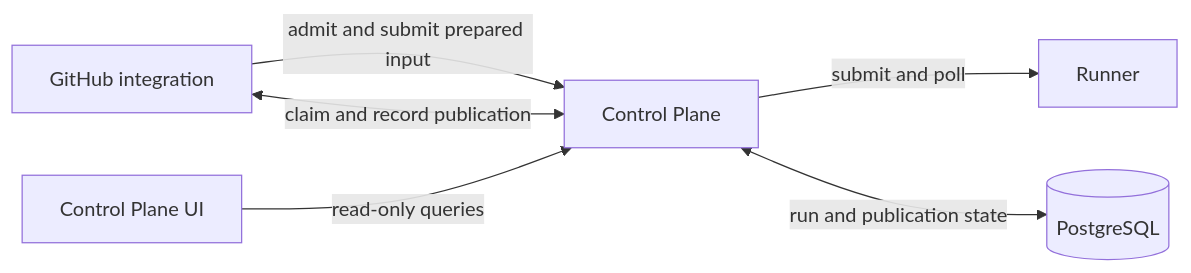
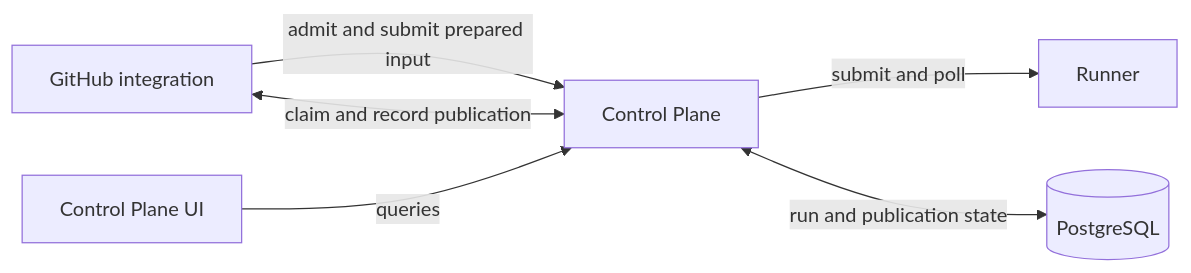
The first of 2 diagrams in control-plane/README.md (Agent-AI-Chalmers/sec-review-bot), drawn with Mermaid before and after one commit. The commit also changed other lines of this file and 167 other files, not shown here.

````diff
--- a/control-plane/README.md
+++ b/control-plane/README.md
@@ -9,8 +9,8 @@
 ```mermaid
 flowchart LR
   integration[GitHub integration] -->|admit and submit prepared input| control[Control Plane]
   control -->|submit and poll| runner[Runner]
   control <-->|run and publication state| postgres[(PostgreSQL)]
   integration <-->|claim and record publication| control
-  ui[Control Plane UI] -->|read-only queries| control
+  ui[Control Plane UI] -->|queries| control
 ```
````
